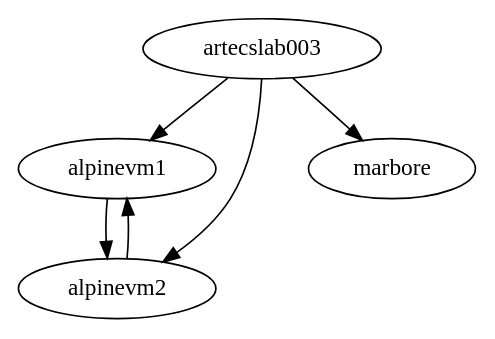
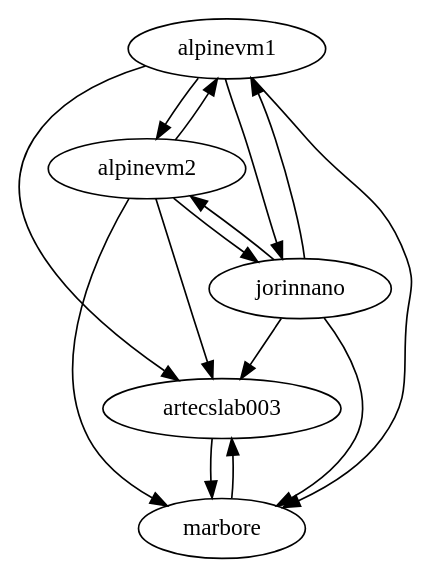
Before and after one commit to gulis1/planificacion-inferencia-edge: the diagram in triton-endpoint-controller/tservice_controller/input.dot, drawn with Graphviz. The commit also changed 10 other files, not shown here.

```diff
--- a/triton-endpoint-controller/tservice_controller/input.dot
+++ b/triton-endpoint-controller/tservice_controller/input.dot
@@ -1,7 +1,19 @@
 digraph G {
-  artecslab003 -> alpinevm1
-  artecslab003 -> alpinevm2
   artecslab003 -> marbore
+  marbore -> artecslab003
+
+  alpinevm1 -> artecslab003
   alpinevm1 -> alpinevm2
+  alpinevm1 -> marbore
+  alpinevm1 -> jorinnano
+
   alpinevm2 -> alpinevm1
+  alpinevm2 -> marbore
+  alpinevm2 -> jorinnano
+  alpinevm2 -> artecslab003
+
+  jorinnano -> artecslab003
+  jorinnano -> alpinevm1
+  jorinnano -> alpinevm2
+  jorinnano -> marbore
 }
```
